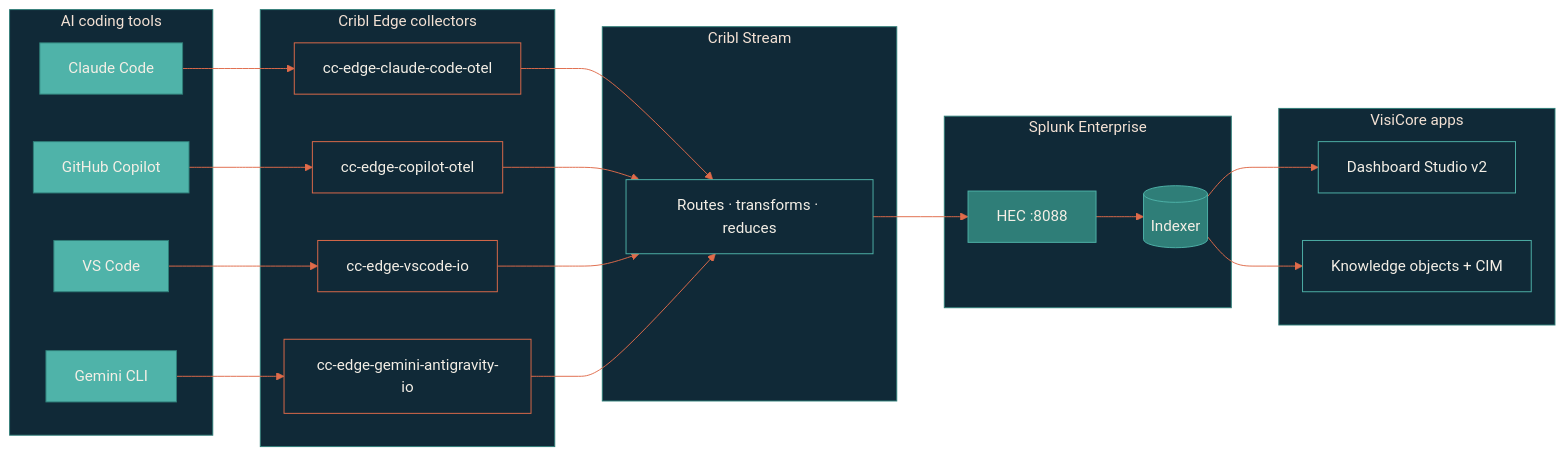
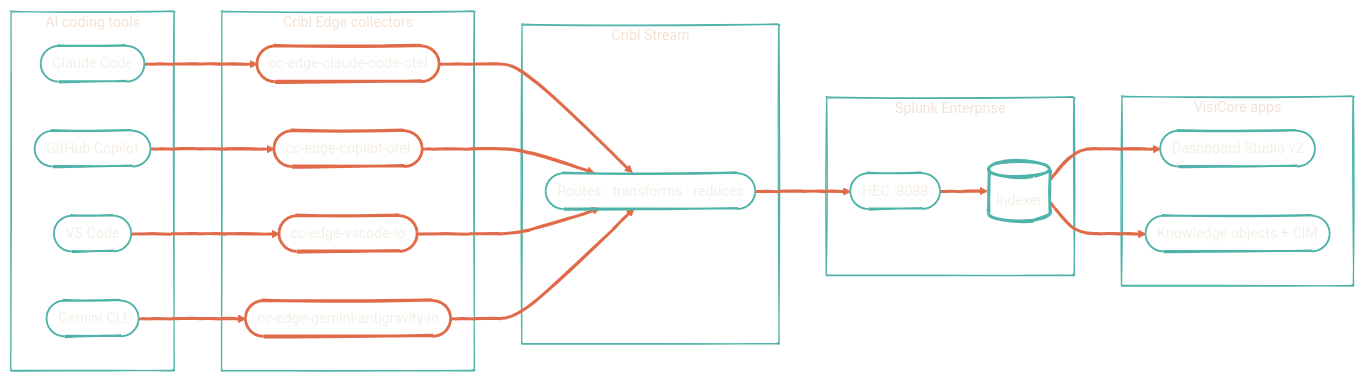
One commit to dryvist/docs changed the diagram in observability/overview.mdx. Above: the diagram before and after it, drawn with Mermaid. The commit also changed 10 other files, not shown here.

First line of the commit message:
fix(diagrams): hand-drawn look + transparent fills across all 10 diagrams

````diff
--- a/observability/overview.mdx
+++ b/observability/overview.mdx
@@ -12,52 +12,54 @@
 ```mermaid
-%%{init: {'theme':'base','themeVariables':{'primaryColor':'#4FB3A9','primaryTextColor':'#F4EFE6','primaryBorderColor':'#2F7E78','lineColor':'#E06B4A','secondaryColor':'#102937','tertiaryColor':'#0B1D2A','clusterBkg':'#102937','clusterBorder':'#2F7E78'}}}%%
+%%{init: {'theme':'base','look':'handDrawn','themeVariables':{'primaryColor':'#4FB3A9','primaryTextColor':'#F4EFE6','primaryBorderColor':'#2F7E78','lineColor':'#E06B4A','secondaryColor':'#102937','tertiaryColor':'#0B1D2A','clusterBkg':'transparent','clusterBorder':'#4FB3A9','fontFamily':'Geist','fontSize':'15px'}}}%%
 flowchart LR
   subgraph Tools["AI coding tools"]
-    Claude[Claude Code]
-    Copilot[GitHub Copilot]
-    Gemini[Gemini CLI]
-    VSCode[VS Code]
+    Claude(["Claude Code"])
+    Copilot(["GitHub Copilot"])
+    Gemini(["Gemini CLI"])
+    VSCode(["VS Code"])
   end
 
   subgraph Collect["Cribl Edge collectors"]
-    cco[cc-edge-claude-code-otel]
-    ccp[cc-edge-copilot-otel]
-    ccv[cc-edge-vscode-io]
-    cag[cc-edge-gemini-antigravity-io]
+    cco(["cc-edge-claude-code-otel"])
+    ccp(["cc-edge-copilot-otel"])
+    ccv(["cc-edge-vscode-io"])
+    cag(["cc-edge-gemini-antigravity-io"])
   end
 
   subgraph Route["Cribl Stream"]
-    Stream[Routes · transforms · reduces]
+    Stream(["Routes · transforms · reduces"])
   end
 
   subgraph Store["Splunk Enterprise"]
-    HEC[HEC :8088]
-    Index[(Indexer)]
+    HEC(["HEC :8088"])
+    Index[("Indexer")]
   end
 
   subgraph View["VisiCore apps"]
-    App[Dashboard Studio v2]
-    TA[Knowledge objects + CIM]
+    App(["Dashboard Studio v2"])
+    TA(["Knowledge objects + CIM"])
   end
 
   Claude --> cco --> Stream
   Copilot --> ccp --> Stream
   VSCode --> ccv --> Stream
   Gemini --> cag --> Stream
   Stream --> HEC --> Index --> App
   Index --> TA
 
-  style Claude fill:#4FB3A9,stroke:#2F7E78,color:#F4EFE6
-  style Copilot fill:#4FB3A9,stroke:#2F7E78,color:#F4EFE6
-  style Gemini fill:#4FB3A9,stroke:#2F7E78,color:#F4EFE6
-  style VSCode fill:#4FB3A9,stroke:#2F7E78,color:#F4EFE6
-  style cco fill:#102937,stroke:#E06B4A,color:#F4EFE6
-  style ccp fill:#102937,stroke:#E06B4A,color:#F4EFE6
-  style ccv fill:#102937,stroke:#E06B4A,color:#F4EFE6
-  style cag fill:#102937,stroke:#E06B4A,color:#F4EFE6
-  style Stream fill:#102937,stroke:#4FB3A9,color:#F4EFE6
-  style HEC fill:#2F7E78,stroke:#4FB3A9,color:#F4EFE6
-  style Index fill:#2F7E78,stroke:#4FB3A9,color:#F4EFE6
-  style App fill:#102937,stroke:#4FB3A9,color:#F4EFE6
-  style TA fill:#102937,stroke:#4FB3A9,color:#F4EFE6
+  style Claude fill:transparent,stroke:#4FB3A9,stroke-width:2px,color:#F4EFE6
+  style Copilot fill:transparent,stroke:#4FB3A9,stroke-width:2px,color:#F4EFE6
+  style Gemini fill:transparent,stroke:#4FB3A9,stroke-width:2px,color:#F4EFE6
+  style VSCode fill:transparent,stroke:#4FB3A9,stroke-width:2px,color:#F4EFE6
+  style cco fill:transparent,stroke:#E06B4A,stroke-width:3px,color:#F4EFE6
+  style ccp fill:transparent,stroke:#E06B4A,stroke-width:3px,color:#F4EFE6
+  style ccv fill:transparent,stroke:#E06B4A,stroke-width:3px,color:#F4EFE6
+  style cag fill:transparent,stroke:#E06B4A,stroke-width:3px,color:#F4EFE6
+  style Stream fill:transparent,stroke:#4FB3A9,stroke-width:2px,color:#F4EFE6
+  style HEC fill:transparent,stroke:#4FB3A9,stroke-width:2px,color:#F4EFE6
+  style Index fill:transparent,stroke:#4FB3A9,stroke-width:3px,color:#F4EFE6
+  style App fill:transparent,stroke:#4FB3A9,stroke-width:2px,color:#F4EFE6
+  style TA fill:transparent,stroke:#4FB3A9,stroke-width:2px,color:#F4EFE6
+
+  linkStyle default stroke:#E06B4A,stroke-width:3px
 ```
````
